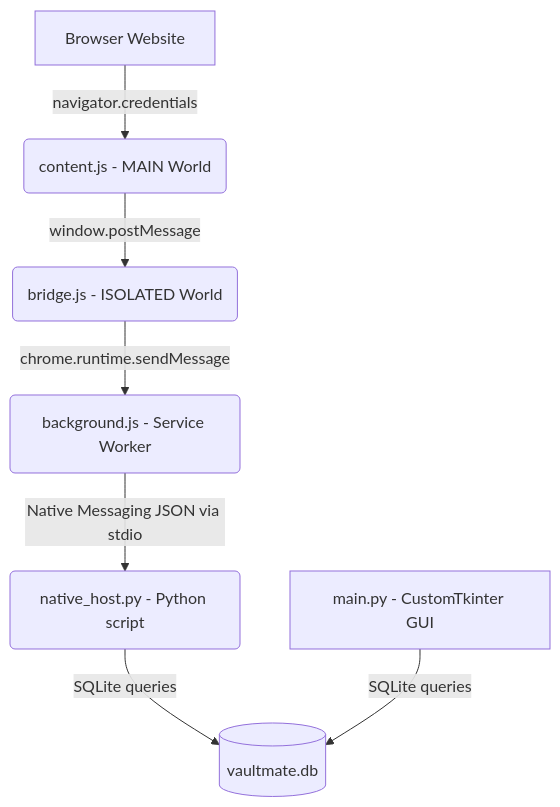
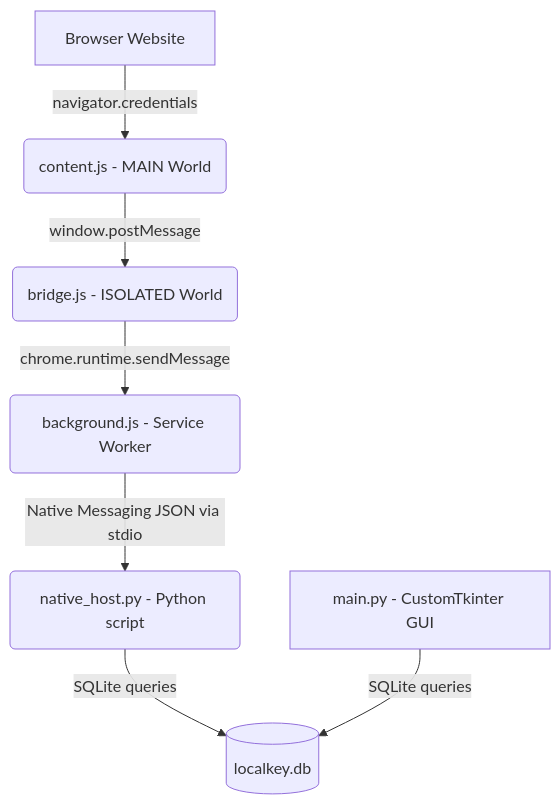
One commit to webtech781/localkey changed the diagram in PRD.md. Above: the diagram before and after it, drawn with Mermaid. The commit also changed other lines of this file and 33 other files, not shown here.

````diff
--- a/PRD.md
+++ b/PRD.md
@@ -38,9 +38,9 @@
 ```mermaid
 graph TD
     A[Browser Website] -->|navigator.credentials| B(content.js - MAIN World)
     B -->|window.postMessage| C(bridge.js - ISOLATED World)
     C -->|chrome.runtime.sendMessage| D(background.js - Service Worker)
     D -->|Native Messaging JSON via stdio| E(native_host.py - Python script)
-    E -->|SQLite queries| F[(vaultmate.db)]
+    E -->|SQLite queries| F[(localkey.db)]
     G[main.py - CustomTkinter GUI] -->|SQLite queries| F
 ```
````
